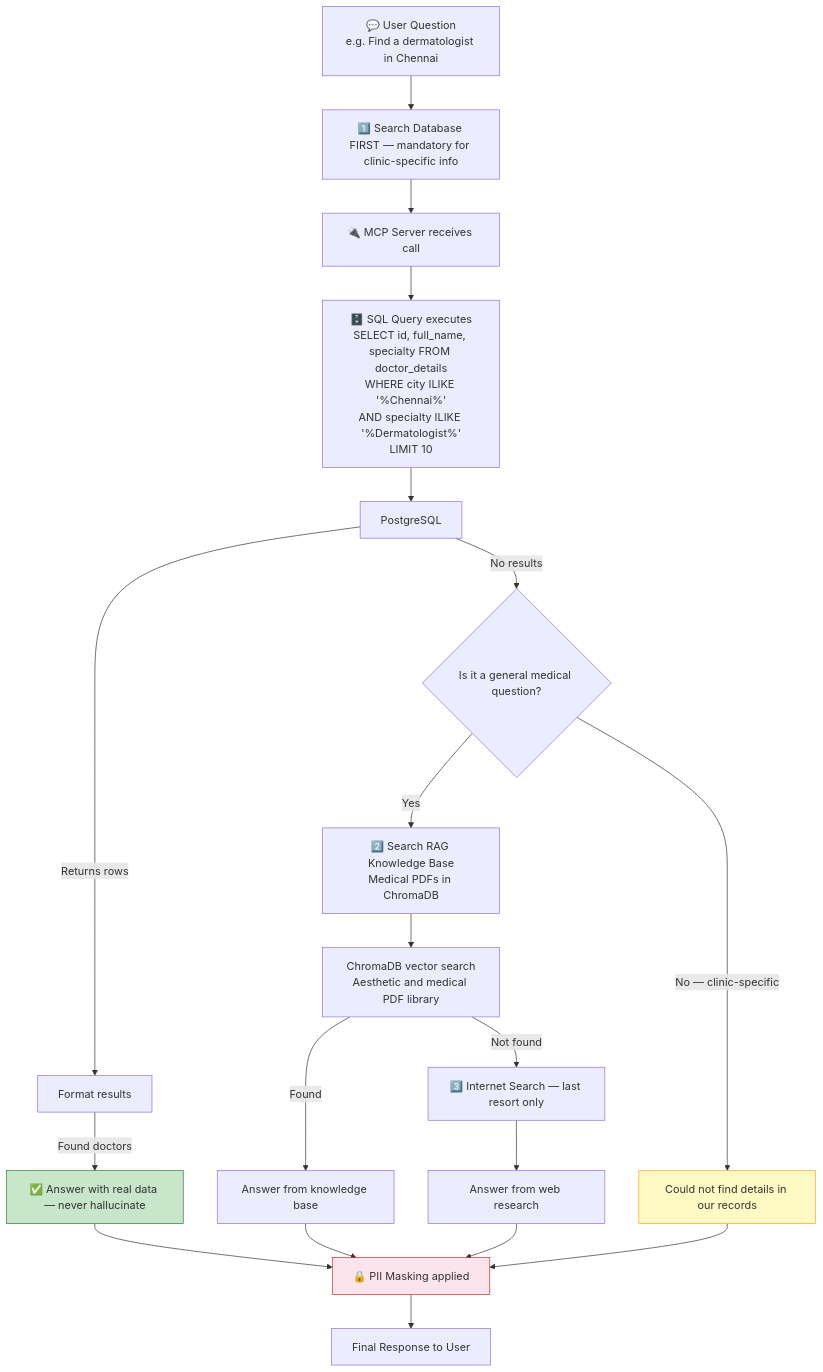
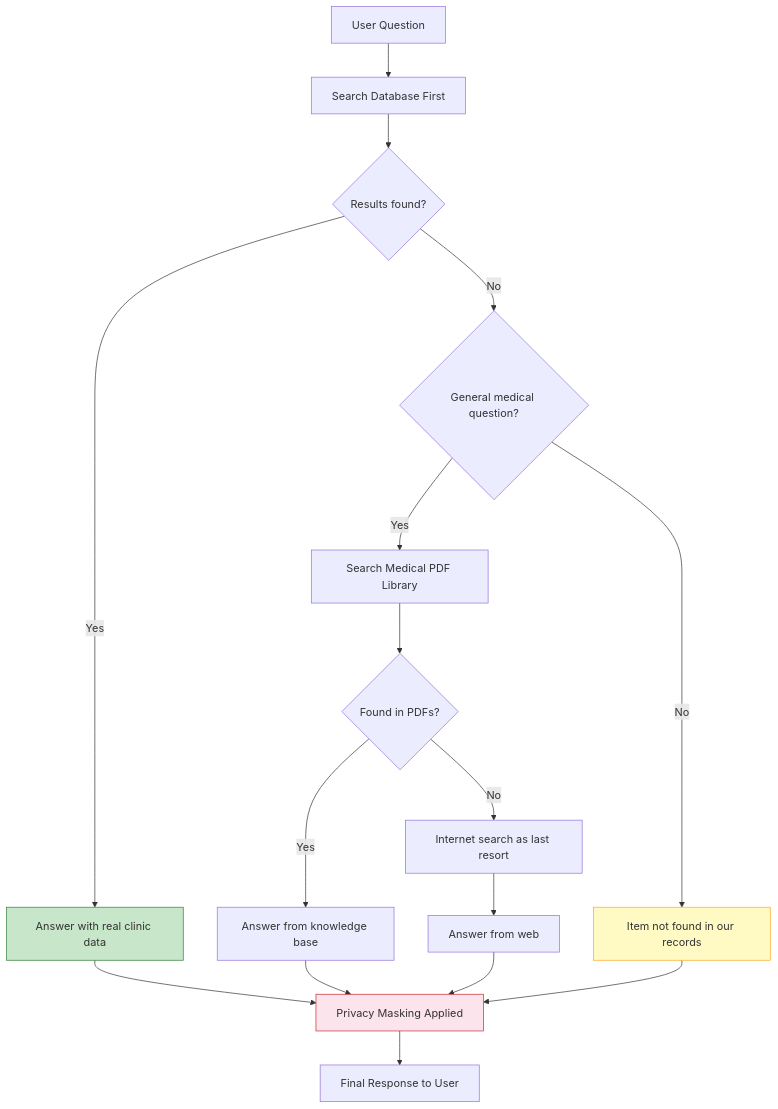
The sixth of 16 diagrams in README.md (harshbhaskerwar/markdown-tests), drawn with Mermaid before and after one commit. The commit also changed other lines of this file, not shown here.

````diff
--- a/README.md
+++ b/README.md
@@ -304,31 +290,23 @@
 ```mermaid
 flowchart TD
-    Q["💬 User Question\ne.g. Find a dermatologist in Chennai"]
-    
-    Q --> DB_FIRST["1️⃣ Search Database FIRST — mandatory for clinic-specific info"]
-    
-    DB_FIRST --> MCP_CALL["🔌 MCP Server receives call"]
-    MCP_CALL --> SQL["🗄️ SQL Query executes\nSELECT id, full_name, specialty FROM doctor_details\nWHERE city ILIKE '%Chennai%'\nAND specialty ILIKE '%Dermatologist%'\nLIMIT 10"]
-    SQL --> PG["PostgreSQL"]
-    PG -->|"Returns rows"| FORMAT["Format results"]
-    FORMAT -->|"Found doctors"| ANSWER["✅ Answer with real data — never hallucinate"]
-    PG -->|"No results"| KNOWLEDGE{"Is it a general medical question?"}
+    Q["User Question"] --> DB_FIRST["Search Database First"]
+    DB_FIRST --> FOUND{"Results found?"}
+    FOUND -->|"Yes"| ANSWER["Answer with real clinic data"]
+    FOUND -->|"No"| GENERAL{"General medical question?"}
+    GENERAL -->|"Yes"| RAG["Search Medical PDF Library"]
+    GENERAL -->|"No"| NOT_FOUND["Item not found in our records"]
+    RAG --> RAG_FOUND{"Found in PDFs?"}
+    RAG_FOUND -->|"Yes"| RAG_ANS["Answer from knowledge base"]
+    RAG_FOUND -->|"No"| INTERNET["Internet search as last resort"]
+    INTERNET --> WEB_ANS["Answer from web"]
 
-    KNOWLEDGE -->|"Yes"| RAG["2️⃣ Search RAG Knowledge Base\nMedical PDFs in ChromaDB"]
-    KNOWLEDGE -->|"No — clinic-specific"| NOT_FOUND["Could not find details in our records"]
-    
-    RAG --> CHROMA["ChromaDB vector search\nAesthetic and medical PDF library"]
-    CHROMA -->|"Found"| RAG_ANS["Answer from knowledge base"]
-    CHROMA -->|"Not found"| INTERNET["3️⃣ Internet Search — last resort only"]
-    INTERNET --> WEB_ANS["Answer from web research"]
-
-    ANSWER --> MASK["🔒 PII Masking applied"]
+    ANSWER --> MASK["Privacy Masking Applied"]
     RAG_ANS --> MASK
     WEB_ANS --> MASK
     NOT_FOUND --> MASK
     MASK --> RESP["Final Response to User"]
 
     style ANSWER fill:#c8e6c9,stroke:#2e7d32
     style NOT_FOUND fill:#fff9c4,stroke:#f9a825
     style MASK fill:#fce4ec,stroke:#c62828
 ```
````
